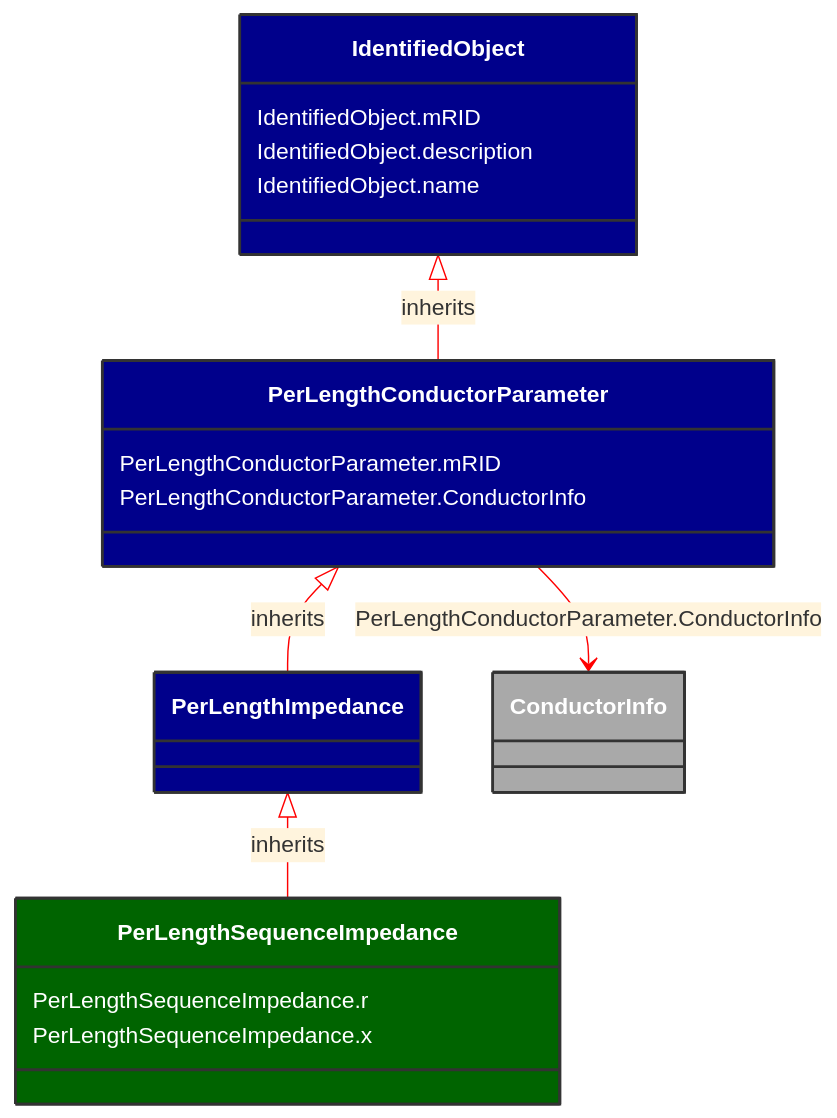
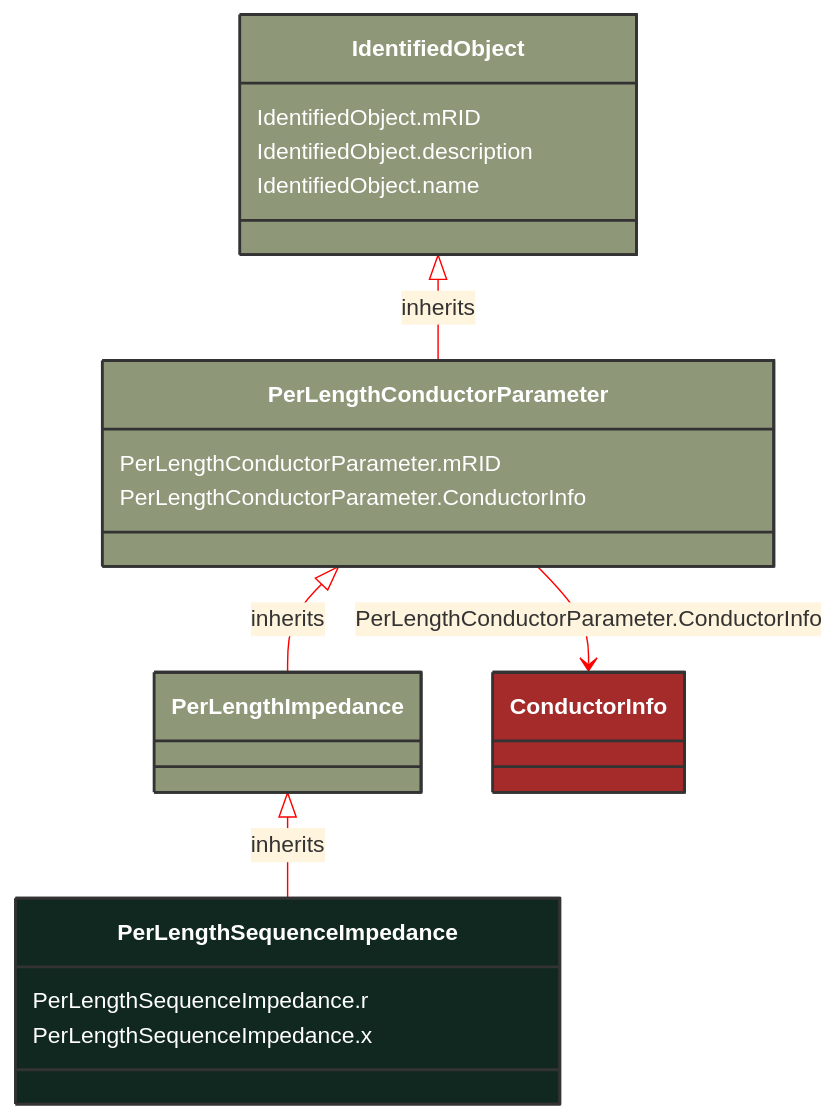
One commit to 3lbits/NoCIMExtensions changed the diagram in docs/Models/Profiles/SubseaCableInfo/ConcreteClasses/PerLengthSequenceImpedance.md. Above: the diagram before and after it, drawn with Mermaid. The commit also changed 190 other files, not shown here.

````diff
--- a/docs/Models/Profiles/SubseaCableInfo/ConcreteClasses/PerLengthSequenceImpedance.md
+++ b/docs/Models/Profiles/SubseaCableInfo/ConcreteClasses/PerLengthSequenceImpedance.md
@@ -8,38 +8,34 @@
 ```mermaid
 %%{init: {'theme':'base','themeVariables': {'lineColor': '#FF0000'}}}%%
 classDiagram
     class PerLengthSequenceImpedance
     click PerLengthSequenceImpedance href "/Models/Profiles/SubseaCableInfo/ConcreteClasses/PerLengthSequenceImpedance/"
-    style PerLengthSequenceImpedance fill:#006400,stroke:#333,stroke-width:2px,rx:10,ry:10,color:white
-
+    style PerLengthSequenceImpedance fill:#102820,stroke:#333,stroke-width:2px,rx:10,ry:10,color:white
+     
         PerLengthImpedance <|-- PerLengthSequenceImpedance : inherits
             click PerLengthImpedance href "/Models/Profiles/SubseaCableInfo/AbstractClasses/PerLengthImpedance/"
-            style PerLengthImpedance fill:#00008B,stroke:#333,stroke-width:2px,rx:10,ry:10,color:white
-
-        PerLengthSequenceImpedance
-            click PerLengthSequenceImpedance href "/Models/Profiles/SubseaCableInfo/ConcreteClasses/PerLengthSequenceImpedance/"
-            style PerLengthImpedance fill:#00008B,stroke:#333,stroke-width:2px,rx:10,ry:10,color:white
-
+            style PerLengthImpedance fill:#8F9779,stroke:#333,stroke-width:2px,rx:10,ry:10,color:white
+     
         PerLengthConductorParameter <|-- PerLengthImpedance : inherits
             click PerLengthConductorParameter href "/Models/Profiles/SubseaCableInfo/AbstractClasses/PerLengthConductorParameter/"
-            style PerLengthConductorParameter fill:#00008B,stroke:#333,stroke-width:2px,rx:10,ry:10,color:white
-
+            style PerLengthConductorParameter fill:#8F9779,stroke:#333,stroke-width:2px,rx:10,ry:10,color:white
+     
         IdentifiedObject <|-- PerLengthConductorParameter : inherits
             click IdentifiedObject href "/Models/Profiles/SubseaCableInfo/AbstractClasses/IdentifiedObject/"
-            style IdentifiedObject fill:#00008B,stroke:#333,stroke-width:2px,rx:10,ry:10,color:white
+            style IdentifiedObject fill:#8F9779,stroke:#333,stroke-width:2px,rx:10,ry:10,color:white
 
         PerLengthConductorParameter --> ConductorInfo : PerLengthConductorParameter.ConductorInfo
 
         ConductorInfo
             click ConductorInfo href "/Models/Profiles/SubseaCableInfo/AbstractClasses/ConductorInfo/"
-            style ConductorInfo fill:#A9A9A9,stroke:#333,stroke-width:2px,rx:10,ry:10,color:white
+            style ConductorInfo fill:#A52A2A,stroke:#333,stroke-width:2px,rx:10,ry:10,color:white
 
 
         PerLengthSequenceImpedance : PerLengthSequenceImpedance.r
         PerLengthSequenceImpedance : PerLengthSequenceImpedance.x
         PerLengthConductorParameter : PerLengthConductorParameter.mRID
         PerLengthConductorParameter : PerLengthConductorParameter.ConductorInfo
         IdentifiedObject : IdentifiedObject.mRID
         IdentifiedObject : IdentifiedObject.description
         IdentifiedObject : IdentifiedObject.name
 ```
````
